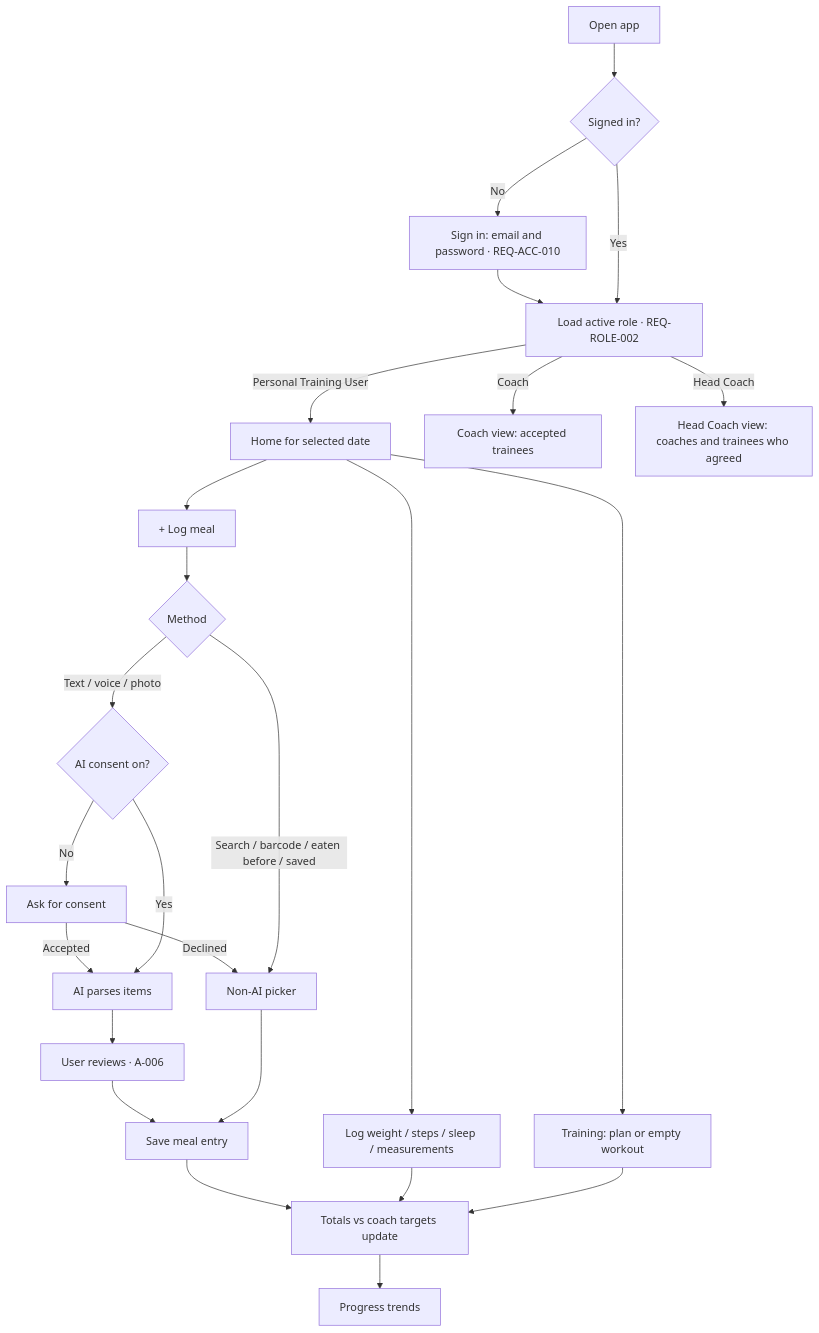
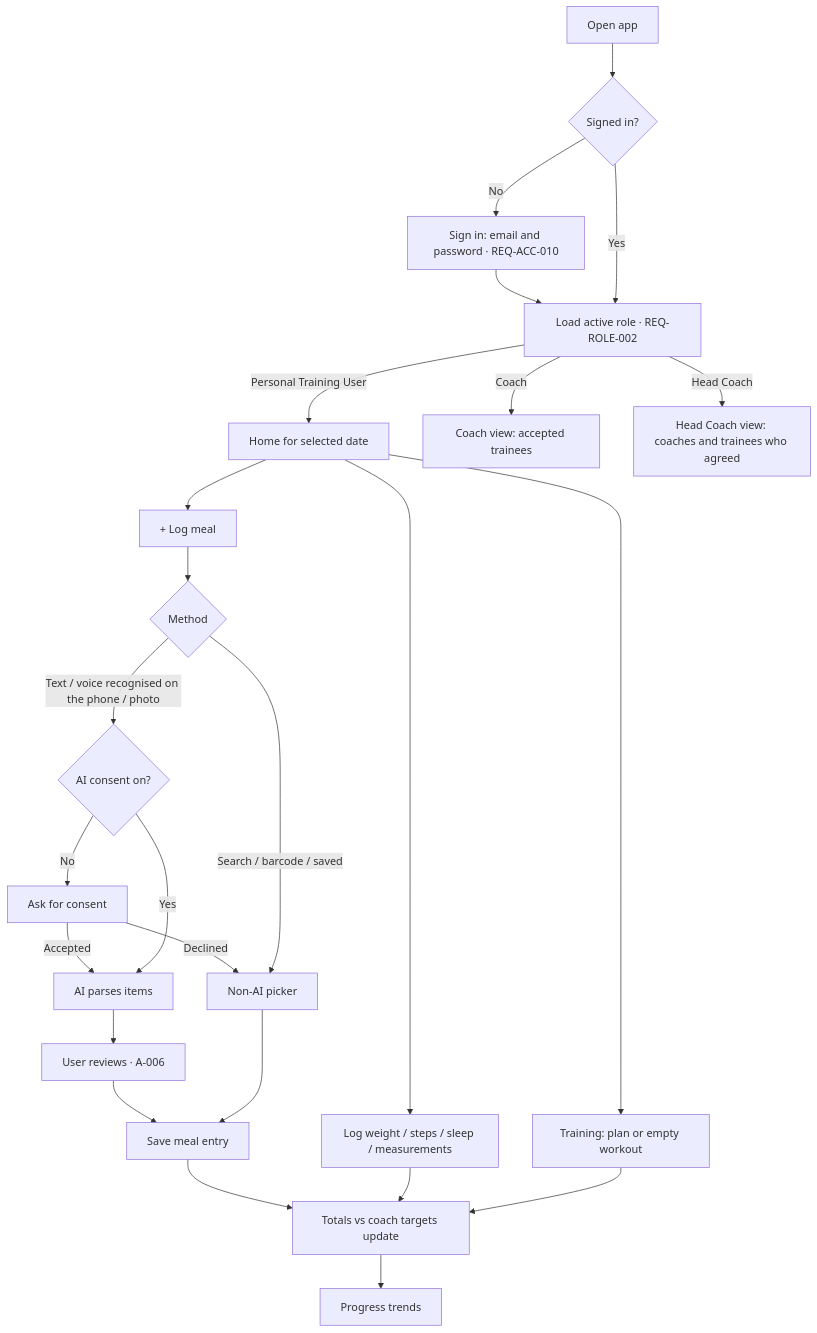
Before and after one commit to pradeepKumawatPalara/fitsphere: the first of 3 diagrams in flow.md, drawn with Mermaid. The commit also changed other lines of this file and 19 other files, not shown here.

````diff
--- a/flow.md
+++ b/flow.md
@@ -15,20 +17,20 @@
 ```mermaid
 flowchart TD
     A[Open app] --> B{Signed in?}
     B -- No --> S[Sign in: email and password · REQ-ACC-010] --> C
     B -- Yes --> C[Load active role · REQ-ROLE-002]
     C -- Personal Training User --> H[Home for selected date]
     C -- Coach --> CV[Coach view: accepted trainees]
     C -- Head Coach --> HV[Head Coach view: coaches and trainees who agreed]
     H --> P["+ Log meal"]
     P --> M{Method}
-    M -- Text / voice / photo --> K{AI consent on?}
+    M -- Text / voice recognised on the phone / photo --> K{AI consent on?}
     K -- No --> ASK[Ask for consent] -->|Declined| ALT
     ASK -->|Accepted| AI
     K -- Yes --> AI[AI parses items] --> R[User reviews · A-006] --> SAVE
-    M -- Search / barcode / eaten before / saved --> ALT[Non-AI picker] --> SAVE
+    M -- Search / barcode / saved --> ALT[Non-AI picker] --> SAVE
     SAVE[Save meal entry] --> T[Totals vs coach targets update]
     H --> W[Log weight / steps / sleep / measurements] --> T
     H --> TR[Training: plan or empty workout] --> T
     T --> PR[Progress trends]
 ```
````
